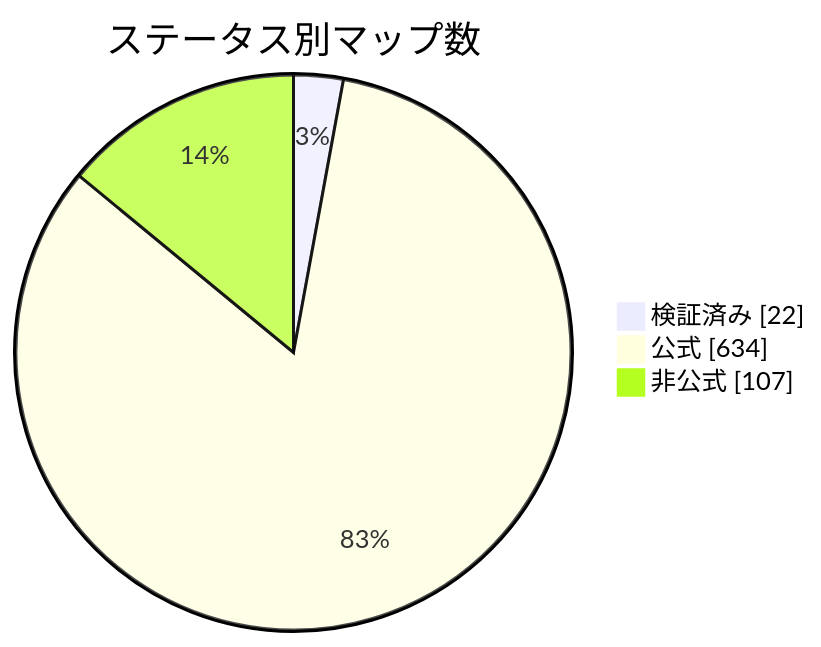
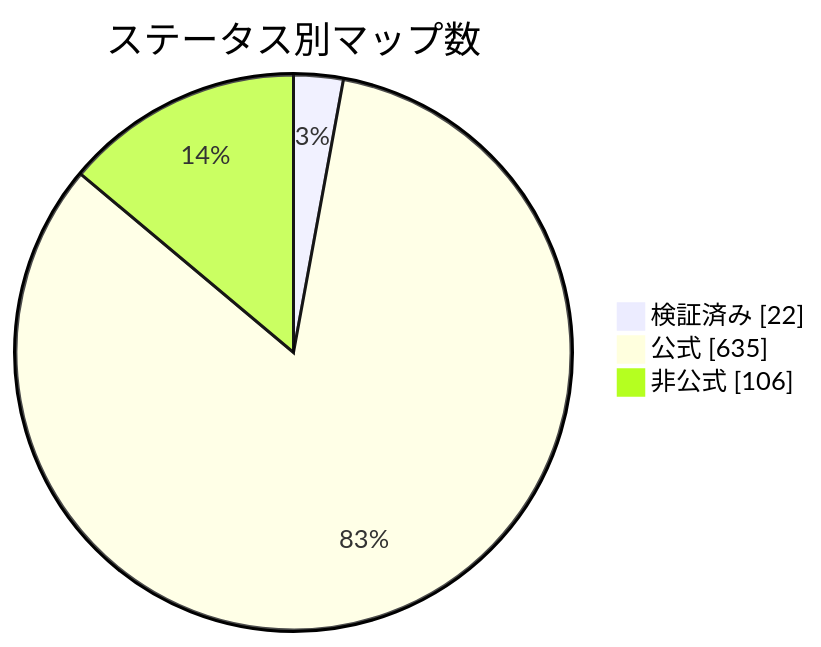
One commit to nobrega8/mbmap-library changed the diagram in docs/readme/README_JP.md. Above: the diagram before and after it, drawn with Mermaid. The commit also changed 8 other files, not shown here.

````diff
--- a/docs/readme/README_JP.md
+++ b/docs/readme/README_JP.md
@@ -54,7 +54,7 @@
 ```mermaid
 pie showData
     title ステータス別マップ数
     "検証済み" : 22
-    "公式" : 634
-    "非公式" : 107
+    "公式" : 635
+    "非公式" : 106
 ```
````
